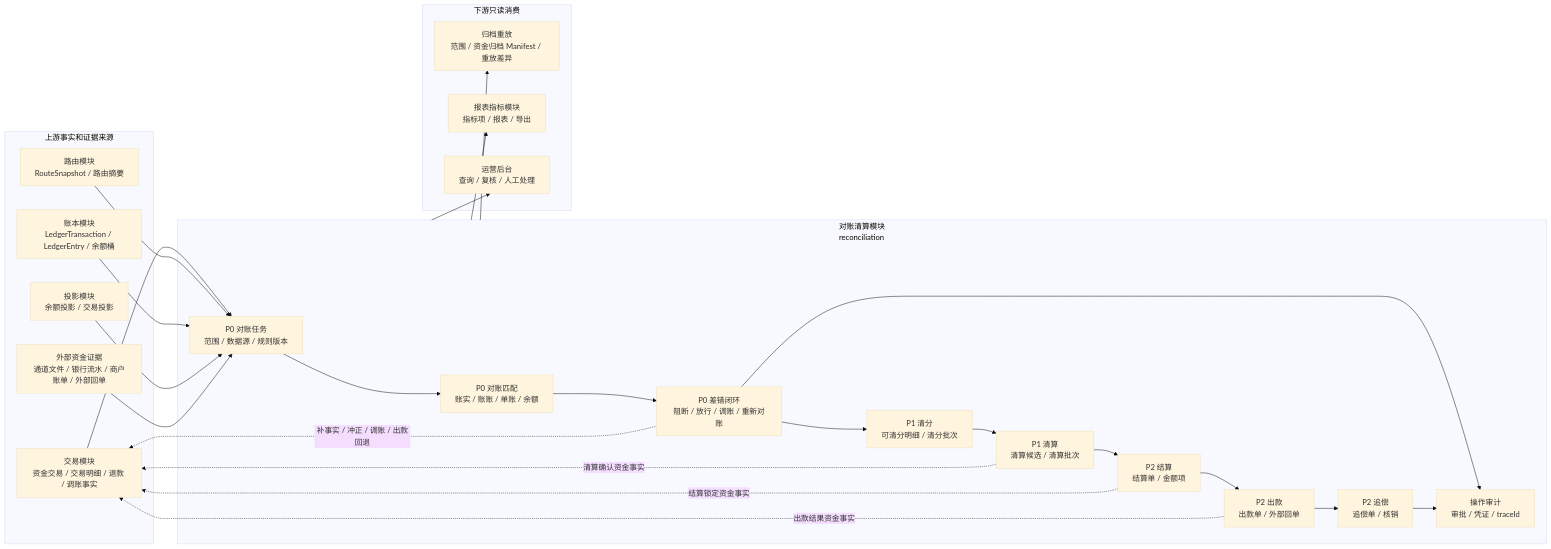
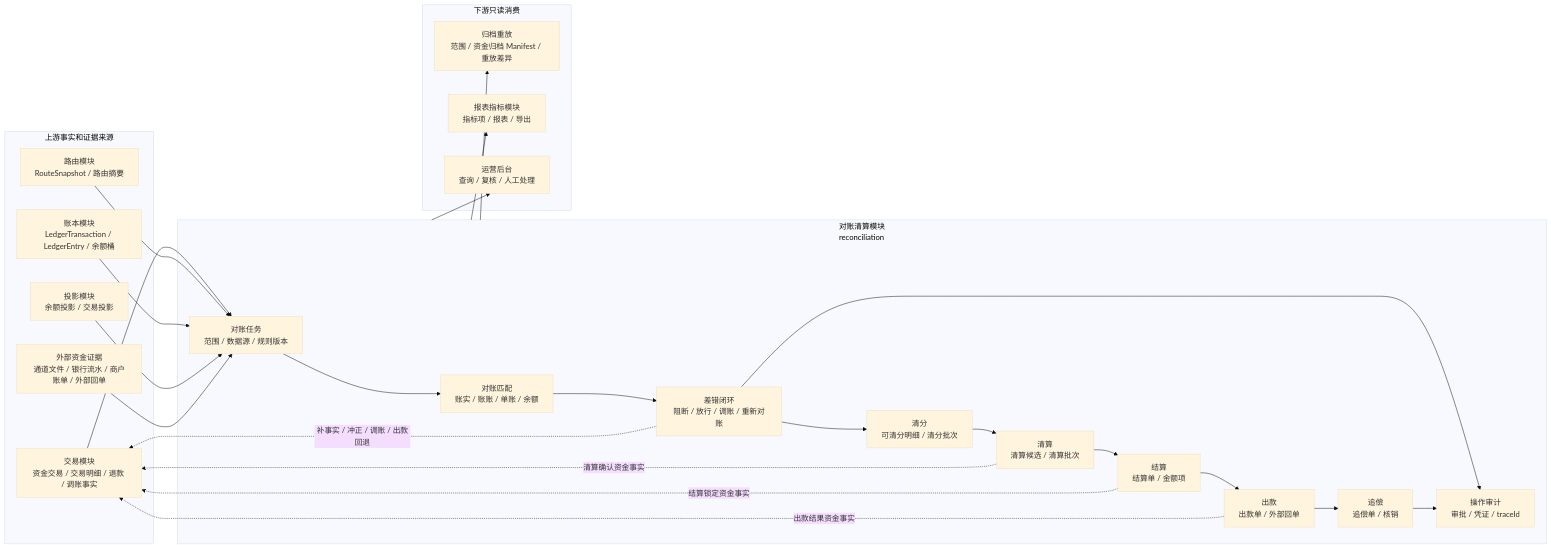
The first of 16 diagrams in docs/系分设计/03-清结算与对账系分设计.md (fengwuxp/wind-funds), drawn with Mermaid (base theme) before and after one commit. The commit also changed other lines of this file and 16 other files, not shown here.

````diff
--- a/docs/系分设计/03-清结算与对账系分设计.md
+++ b/docs/系分设计/03-清结算与对账系分设计.md
@@ -66,53 +66,53 @@
 ```mermaid
 flowchart LR
     subgraph Upstream["上游事实和证据来源"]
         Tx["交易模块\n资金交易 / 交易明细 / 退款 / 调账事实"]
         Route["路由模块\nRouteSnapshot / 路由摘要"]
         Ledger["账本模块\nLedgerTransaction / LedgerEntry / 余额桶"]
         Projection["投影模块\n余额投影 / 交易投影"]
         External["外部资金证据\n通道文件 / 银行流水 / 商户账单 / 外部回单"]
     end
 
     subgraph RCM["对账清算模块\nreconciliation"]
-        ReconTask["P0 对账任务\n范围 / 数据源 / 规则版本"]
-        ReconMatch["P0 对账匹配\n账实 / 账账 / 单账 / 余额"]
-        Exception["P0 差错闭环\n阻断 / 放行 / 调账 / 重新对账"]
-        Split["P1 清分\n可清分明细 / 清分批次"]
-        Clearing["P1 清算\n清算候选 / 清算批次"]
-        Settlement["P2 结算\n结算单 / 金额项"]
-        Payout["P2 出款\n出款单 / 外部回单"]
-        Recovery["P2 追偿\n追偿单 / 核销"]
+        ReconTask["对账任务\n范围 / 数据源 / 规则版本"]
+        ReconMatch["对账匹配\n账实 / 账账 / 单账 / 余额"]
+        Exception["差错闭环\n阻断 / 放行 / 调账 / 重新对账"]
+        Split["清分\n可清分明细 / 清分批次"]
+        Clearing["清算\n清算候选 / 清算批次"]
+        Settlement["结算\n结算单 / 金额项"]
+        Payout["出款\n出款单 / 外部回单"]
+        Recovery["追偿\n追偿单 / 核销"]
         Audit["操作审计\n审批 / 凭证 / traceId"]
     end
 
     subgraph Downstream["下游只读消费"]
         Archive["归档重放\n范围 / 资金归档 Manifest / 重放差异"]
         Report["报表指标模块\n指标项 / 报表 / 导出"]
         Ops["运营后台\n查询 / 复核 / 人工处理"]
     end
 
     Tx --> ReconTask
     Route --> ReconTask
     Ledger --> ReconTask
     Projection --> ReconTask
     External --> ReconTask
 
     ReconTask --> ReconMatch
     ReconMatch --> Exception
     Exception --> Split
     Split --> Clearing
     Clearing --> Settlement
     Settlement --> Payout
     Payout --> Recovery
     Exception --> Audit
     Recovery --> Audit
 
     Exception -. "补事实 / 冲正 / 调账 / 出款回退" .-> Tx
     Clearing -. "清算确认资金事实" .-> Tx
     Settlement -. "结算锁定资金事实" .-> Tx
     Payout -. "出款结果资金事实" .-> Tx
 
     RCM --> Archive
     RCM --> Report
     RCM --> Ops
 ```
````
